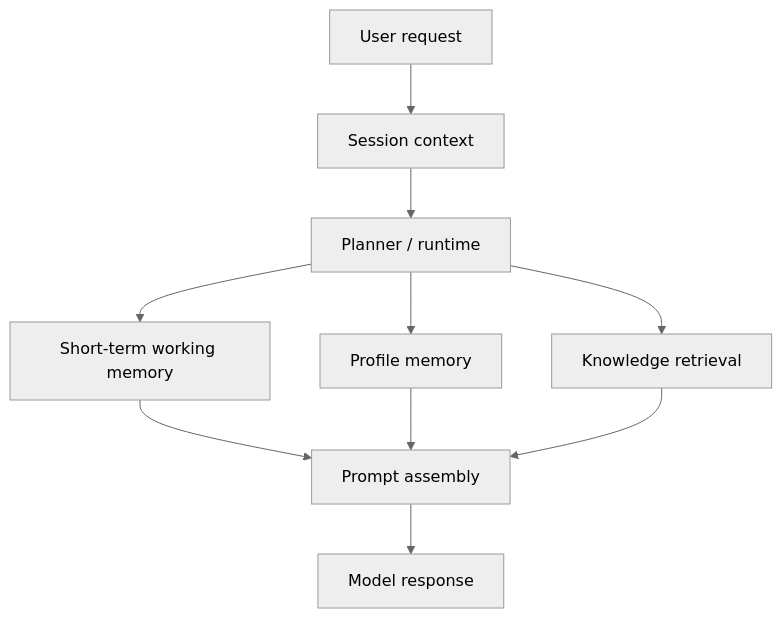
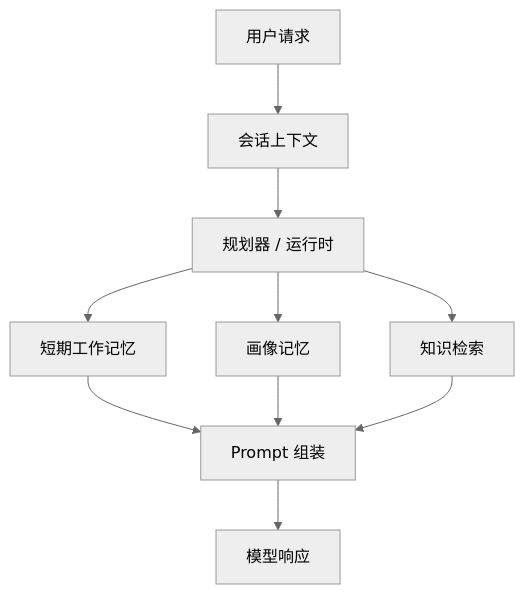
Before and after one commit to agent-axiom/agent-arch: the diagram in docs/book/part-iii/chapter-5.zh.md, drawn with Mermaid (neutral theme). The commit also changed other lines of this file and 2 other files, not shown here.

Commit message:
Rewrite chapter 5 around persistent memory failures

````diff
--- a/docs/book/part-iii/chapter-5.zh.md
+++ b/docs/book/part-iii/chapter-5.zh.md
@@ -29,12 +60,12 @@
 ``` mermaid
 flowchart TD
-    A["User request"] --> B["Session context"]
-    B --> C["Planner / runtime"]
-    C --> D["Short-term working memory"]
-    C --> E["Profile memory"]
-    C --> F["Knowledge retrieval"]
-    D --> G["Prompt assembly"]
+    A["用户请求"] --> B["会话上下文"]
+    B --> C["规划器 / 运行时"]
+    C --> D["短期工作记忆"]
+    C --> E["画像记忆"]
+    C --> F["知识检索"]
+    D --> G["Prompt 组装"]
     E --> G
     F --> G
-    G --> H["Model response"]
+    G --> H["模型响应"]
 ```
````
